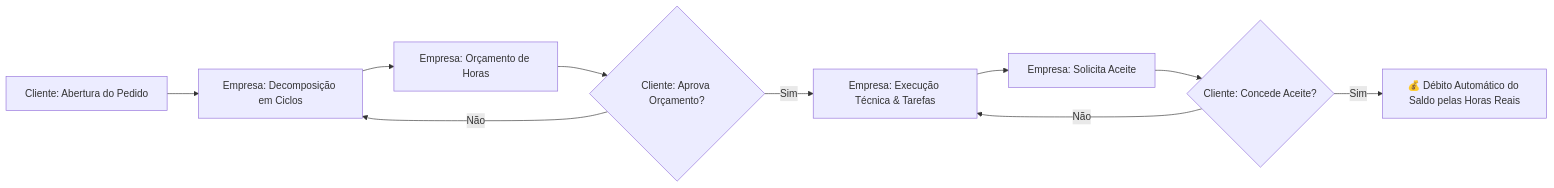
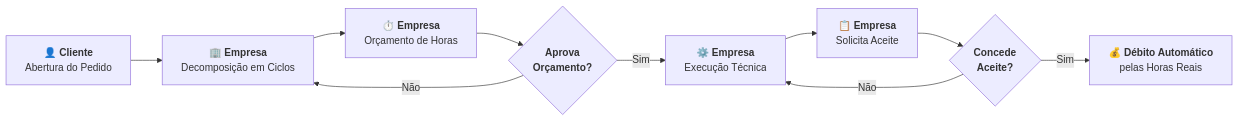
Before and after one commit to andresouza72br-sketch/SHM---Support-Hours-Manage: the second of 2 diagrams in README.md, drawn with Mermaid. The commit also changed other lines of this file and 7 other files, not shown here.

Commit message:
docs(pdf): ajustar diagramas para alta legibilidade e proporcao ideal

````diff
--- a/README.md
+++ b/README.md
@@ -104,12 +104,8 @@
 ```mermaid
 flowchart LR
-    A[Cliente: Abertura do Pedido] --> B[Empresa: Decomposição em Ciclos]
-    B --> C[Empresa: Orçamento de Horas]
-    C --> D{Cliente: Aprova Orçamento?}
-    D -- Sim --> E[Empresa: Execução Técnica & Tarefas]
-    D -- Não --> B
-    E --> F[Empresa: Solicita Aceite]
-    F --> G{Cliente: Concede Aceite?}
-    G -- Sim --> H[💰 Débito Automático do Saldo pelas Horas Reais]
-    G -- Não --> E
+    A["👤 <b>Cliente</b><br>Abertura do Pedido"] --> B["🏢 <b>Empresa</b><br>Decomposição em Ciclos"] --> C["⏱️ <b>Empresa</b><br>Orçamento de Horas"] --> D{"<b>Aprova<br>Orçamento?</b>"}
+    D -- "Não" --> B
+    D -- "Sim" --> E["⚙️ <b>Empresa</b><br>Execução Técnica"] --> F["📋 <b>Empresa</b><br>Solicita Aceite"] --> G{"<b>Concede<br>Aceite?</b>"}
+    G -- "Não" --> E
+    G -- "Sim" --> H["💰 <b>Débito Automático</b><br>pelas Horas Reais"]
 ```
````
